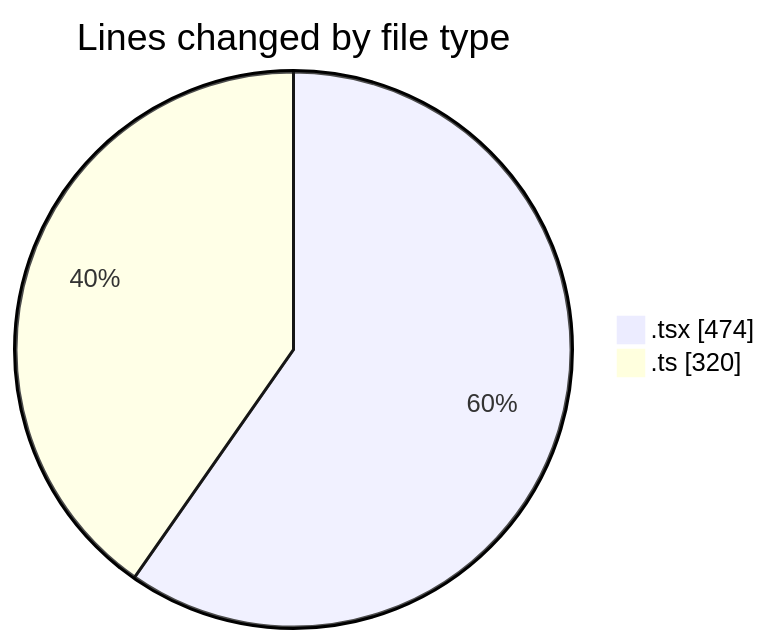
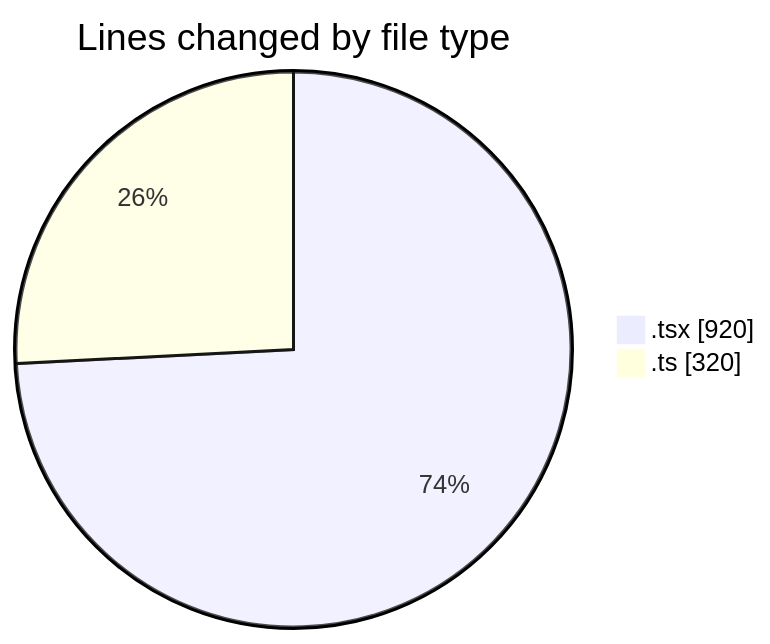
One commit to julien-gomy/code-tracking changed the first of 2 diagrams in 2025-11-22/eventscop-frontend-guide__workspace_/README.md. Above: the diagram before and after it, drawn with Mermaid. The commit also changed other lines of this file and 1 other file, not shown here.

````diff
--- a/2025-11-22/eventscop-frontend-guide__workspace_/README.md
+++ b/2025-11-22/eventscop-frontend-guide__workspace_/README.md
@@ -27,6 +30,6 @@
 ```mermaid
 pie showData
 title Lines changed by file type
-".tsx" : 474
+".tsx" : 920
 ".ts" : 320
 ```
````
